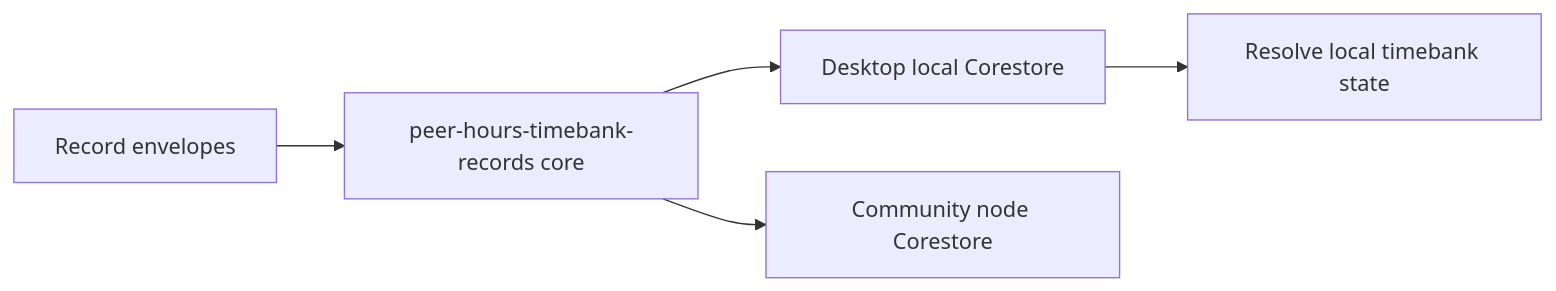
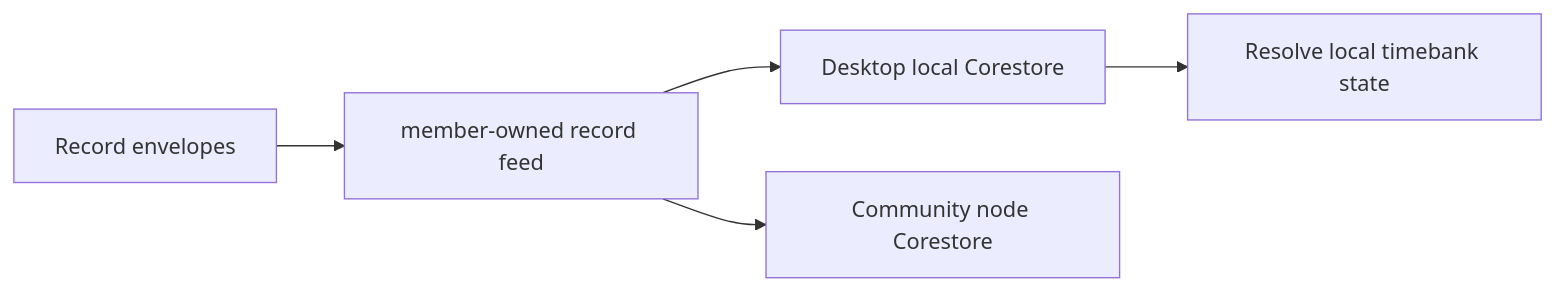
Before and after one commit to matthewlovestocode/peer-hours: the diagram in docs/education/23-record-core.md, drawn with Mermaid. The commit also changed other lines of this file and 20 other files, not shown here.

````diff
--- a/docs/education/23-record-core.md
+++ b/docs/education/23-record-core.md
@@ -9,7 +9,7 @@
 ```mermaid
 flowchart LR
-  R["Record envelopes"] --> C["peer-hours-timebank-records core"]
+  R["Record envelopes"] --> C["member-owned record feed"]
   C --> D["Desktop local Corestore"]
   C --> N["Community node Corestore"]
   D --> X["Resolve local timebank state"]
 ```
````
